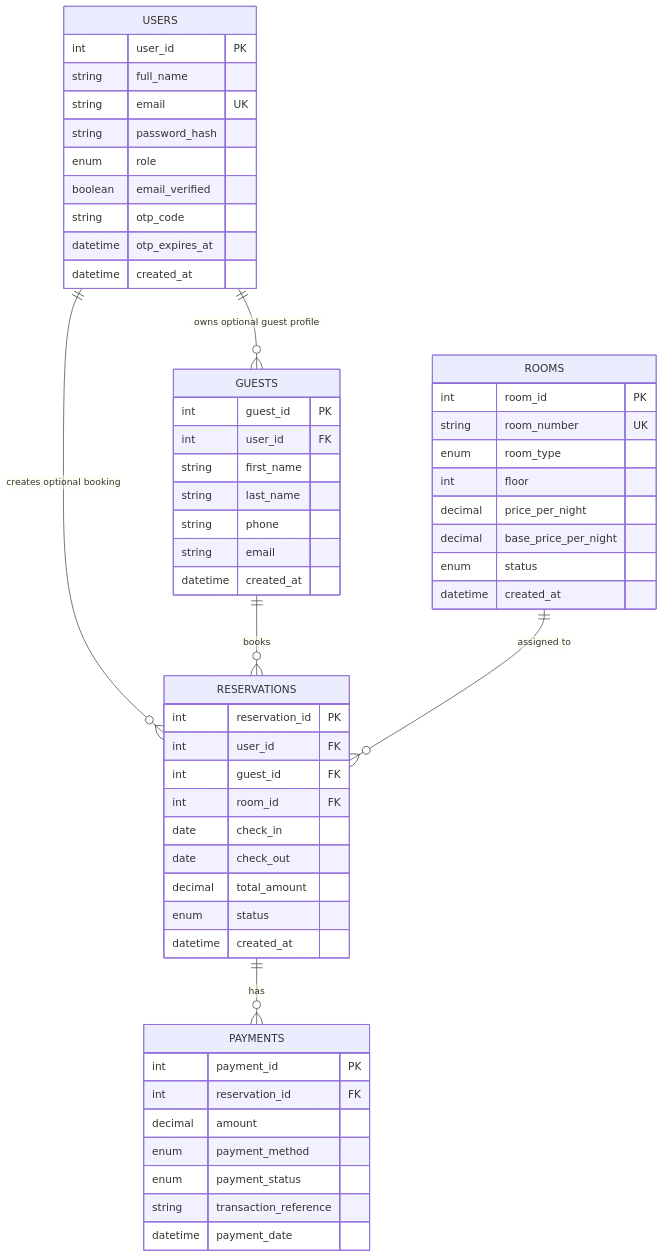
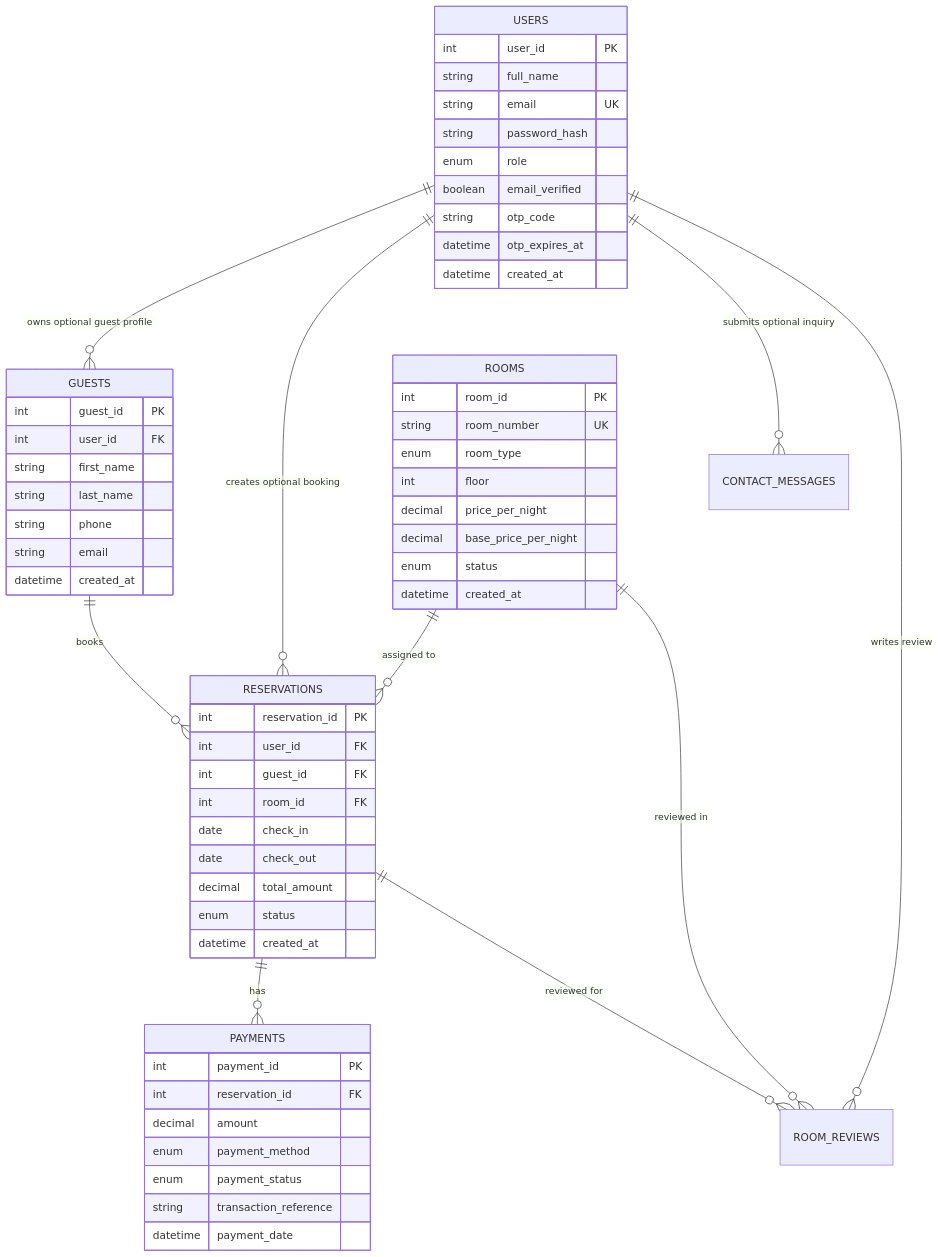
Before and after one commit to WizardOfXerox/Emperor-Hotel: the diagram in docs/database-erd.md, drawn with Mermaid. The commit also changed other lines of this file and 5 other files, not shown here.

Commit message:
docs: update all SQL schemas, seeders, ERD diagrams, and documentation files

````diff
--- a/docs/database-erd.md
+++ b/docs/database-erd.md
@@ -16,63 +16,67 @@
 ```mermaid
 erDiagram
     USERS ||--o{ GUESTS : "owns optional guest profile"
     USERS ||--o{ RESERVATIONS : "creates optional booking"
+    USERS ||--o{ CONTACT_MESSAGES : "submits optional inquiry"
+    USERS ||--o{ ROOM_REVIEWS : "writes review"
     GUESTS ||--o{ RESERVATIONS : "books"
     ROOMS ||--o{ RESERVATIONS : "assigned to"
+    ROOMS ||--o{ ROOM_REVIEWS : "reviewed in"
     RESERVATIONS ||--o{ PAYMENTS : "has"
+    RESERVATIONS ||--o{ ROOM_REVIEWS : "reviewed for"
 
     USERS {
         int user_id PK
         string full_name
         string email UK
         string password_hash
         enum role
         boolean email_verified
         string otp_code
         datetime otp_expires_at
         datetime created_at
     }
 
     GUESTS {
         int guest_id PK
         int user_id FK
         string first_name
         string last_name
         string phone
         string email
         datetime created_at
     }
 
     ROOMS {
         int room_id PK
         string room_number UK
         enum room_type
         int floor
         decimal price_per_night
         decimal base_price_per_night
         enum status
         datetime created_at
     }
 
     RESERVATIONS {
         int reservation_id PK
         int user_id FK
         int guest_id FK
         int room_id FK
         date check_in
         date check_out
         decimal total_amount
         enum status
         datetime created_at
     }
 
     PAYMENTS {
         int payment_id PK
         int reservation_id FK
         decimal amount
         enum payment_method
         enum payment_status
         string transaction_reference
         datetime payment_date
     }
 ```
````
